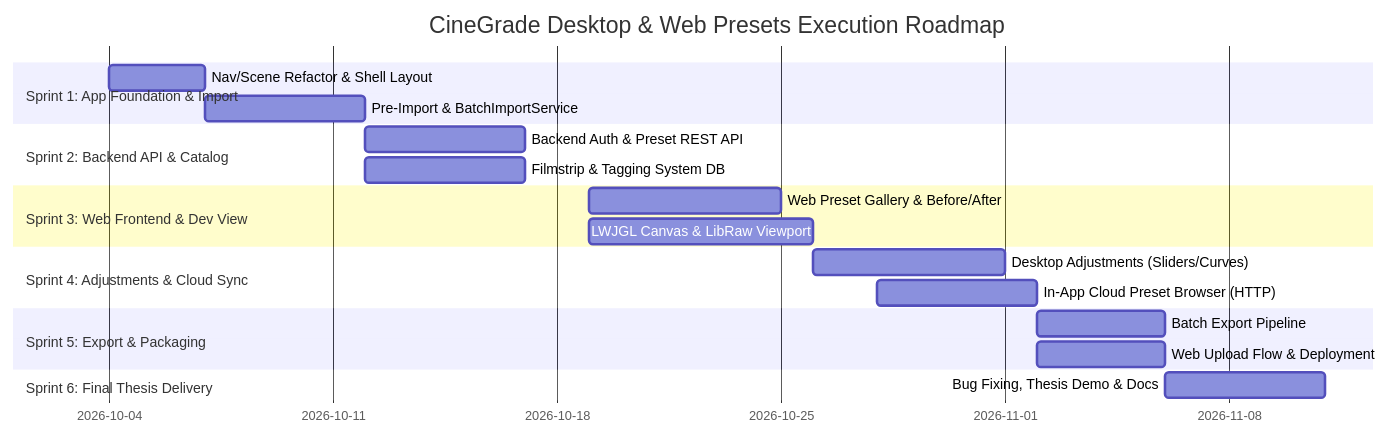
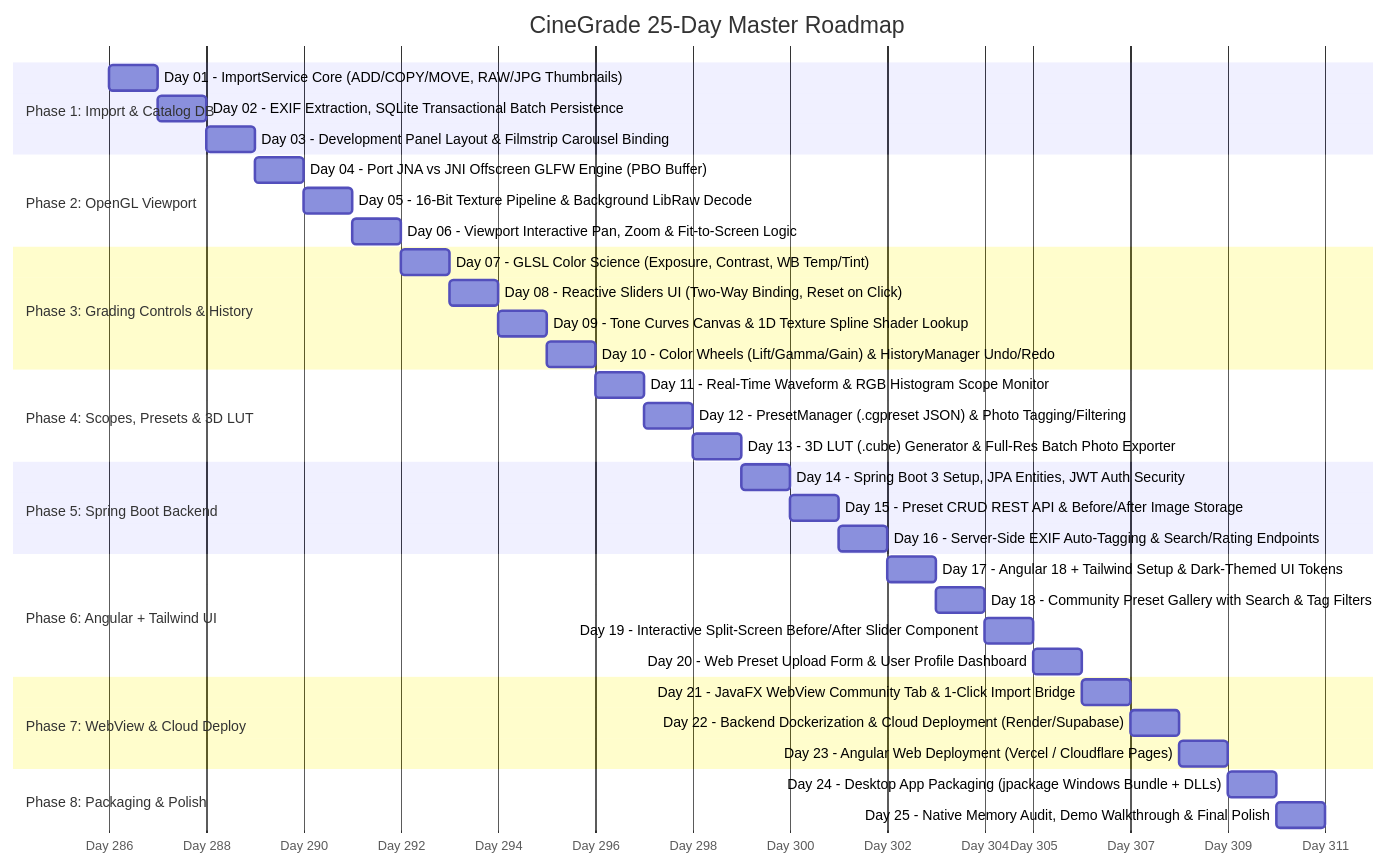
Before and after one commit to Hogyi1/CineGrade: the second of 2 diagrams in PLAN.md, drawn with Mermaid. The commit also changed other lines of this file and 45 other files, not shown here.

Commit message:
Add performance tier management and enhance import functionality; implement PerformanceTier enum, update ImportManager and CatalogManager for improved resource handling and directory management

````diff
--- a/PLAN.md
+++ b/PLAN.md
@@ -126,28 +76,47 @@
 ```mermaid
 gantt
-    title CineGrade Desktop & Web Presets Execution Roadmap
+    title CineGrade 25-Day Master Roadmap
     dateFormat  YYYY-MM-DD
-    
-    section Sprint 1: App Foundation & Import
-    Nav/Scene Refactor & Shell Layout  :a1, 2026-10-04, 3d
-    Pre-Import & BatchImportService    :a2, after a1, 5d
-    
-    section Sprint 2: Backend API & Catalog
-    Backend Auth & Preset REST API     :b1, 2026-10-12, 5d
-    Filmstrip & Tagging System DB      :a3, after a2, 5d
-    
-    section Sprint 3: Web Frontend & Dev View
-    Web Preset Gallery & Before/After  :w1, 2026-10-19, 6d
-    LWJGL Canvas & LibRaw Viewport     :a4, 2026-10-19, 7d
-    
-    section Sprint 4: Adjustments & Cloud Sync
-    Desktop Adjustments (Sliders/Curves) :a5, 2026-10-26, 6d
-    In-App Cloud Preset Browser (HTTP)  :b2, 2026-10-28, 5d
-    
-    section Sprint 5: Export & Packaging
-    Batch Export Pipeline              :a6, 2026-11-02, 4d
-    Web Upload Flow & Deployment       :w2, 2026-11-02, 4d
-    
-    section Sprint 6: Final Thesis Delivery
-    Bug Fixing, Thesis Demo & Docs     :f1, 2026-11-06, 5d
+    axisFormat  Day %j
+
+    section Phase 1: Import & Catalog DB
+    Day 01 - ImportService Core (ADD/COPY/MOVE, RAW/JPG Thumbnails) :p1a, 2026-10-13, 1d
+    Day 02 - EXIF Extraction, SQLite Transactional Batch Persistence :p1b, after p1a, 1d
+    Day 03 - Development Panel Layout & Filmstrip Carousel Binding   :p1c, after p1b, 1d
+
+    section Phase 2: OpenGL Viewport
+    Day 04 - Port JNA vs JNI Offscreen GLFW Engine (PBO Buffer)     :p2a, after p1c, 1d
+    Day 05 - 16-Bit Texture Pipeline & Background LibRaw Decode     :p2b, after p2a, 1d
+    Day 06 - Viewport Interactive Pan, Zoom & Fit-to-Screen Logic   :p2c, after p2b, 1d
+
+    section Phase 3: Grading Controls & History
+    Day 07 - GLSL Color Science (Exposure, Contrast, WB Temp/Tint)   :p3a, after p2c, 1d
+    Day 08 - Reactive Sliders UI (Two-Way Binding, Reset on Click)  :p3b, after p3a, 1d
+    Day 09 - Tone Curves Canvas & 1D Texture Spline Shader Lookup    :p3c, after p3b, 1d
+    Day 10 - Color Wheels (Lift/Gamma/Gain) & HistoryManager Undo/Redo:p3d, after p3c, 1d
+
+    section Phase 4: Scopes, Presets & 3D LUT
+    Day 11 - Real-Time Waveform & RGB Histogram Scope Monitor       :p4a, after p3d, 1d
+    Day 12 - PresetManager (.cgpreset JSON) & Photo Tagging/Filtering:p4b, after p4a, 1d
+    Day 13 - 3D LUT (.cube) Generator & Full-Res Batch Photo Exporter:p4c, after p4b, 1d
+
+    section Phase 5: Spring Boot Backend
+    Day 14 - Spring Boot 3 Setup, JPA Entities, JWT Auth Security   :p5a, after p4c, 1d
+    Day 15 - Preset CRUD REST API & Before/After Image Storage      :p5b, after p5a, 1d
+    Day 16 - Server-Side EXIF Auto-Tagging & Search/Rating Endpoints:p5c, after p5b, 1d
+
+    section Phase 6: Angular + Tailwind UI
+    Day 17 - Angular 18 + Tailwind Setup & Dark-Themed UI Tokens     :p6a, after p5c, 1d
+    Day 18 - Community Preset Gallery with Search & Tag Filters     :p6b, after p6a, 1d
+    Day 19 - Interactive Split-Screen Before/After Slider Component :p6c, after p6b, 1d
+    Day 20 - Web Preset Upload Form & User Profile Dashboard        :p6d, after p6c, 1d
+
+    section Phase 7: WebView & Cloud Deploy
+    Day 21 - JavaFX WebView Community Tab & 1-Click Import Bridge   :p7a, after p6d, 1d
+    Day 22 - Backend Dockerization & Cloud Deployment (Render/Supabase):p7b, after p7a, 1d
+    Day 23 - Angular Web Deployment (Vercel / Cloudflare Pages)     :p7c, after p7b, 1d
+
+    section Phase 8: Packaging & Polish
+    Day 24 - Desktop App Packaging (jpackage Windows Bundle + DLLs) :p8a, after p7c, 1d
+    Day 25 - Native Memory Audit, Demo Walkthrough & Final Polish   :p8b, after p8a, 1d
 ```
````
